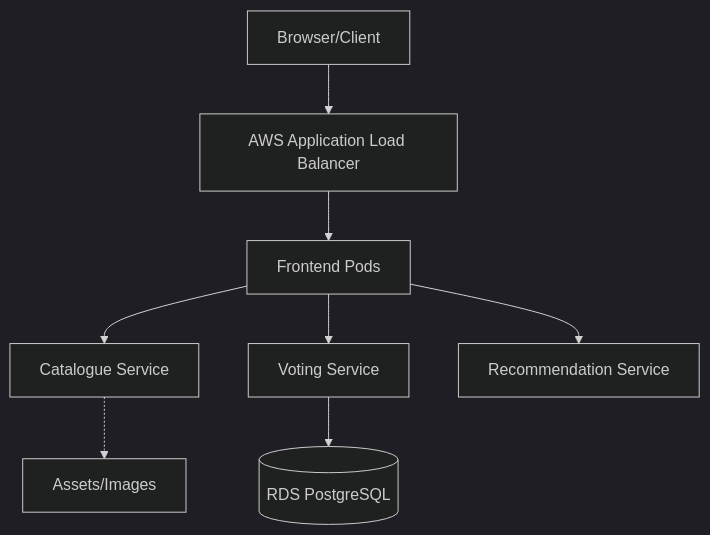
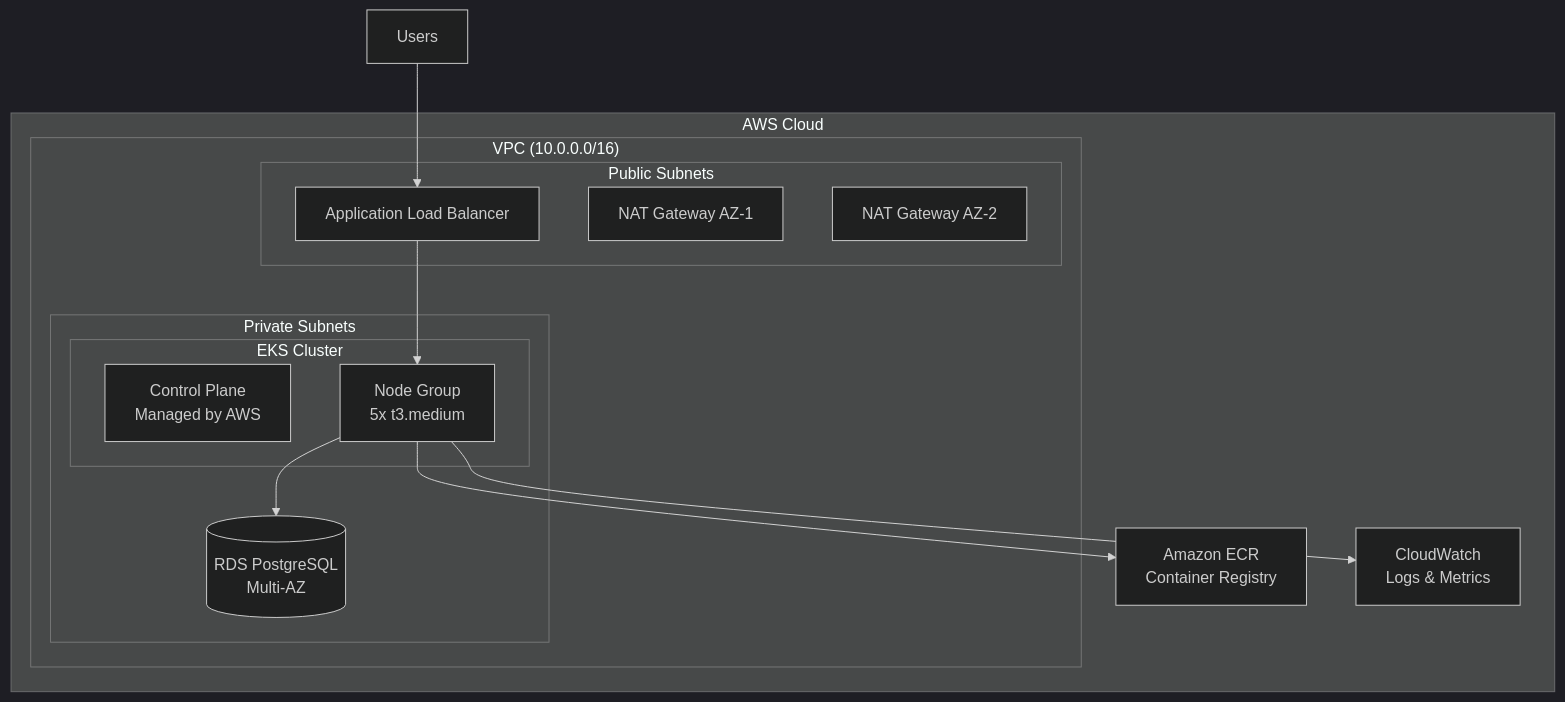
The diagram in README.md (Abhin-Anilkumar/EKS-project-for-8byte), drawn with Mermaid (dark theme) before and after one commit. The commit also changed other lines of this file, not shown here.

````diff
--- a/README.md
+++ b/README.md
@@ -10,10 +29,29 @@
 ```mermaid
-graph TD
-    Client[Browser/Client] --> ALB[AWS Application Load Balancer]
-    ALB --> Frontend[Frontend Pods]
-    Frontend --> Catalogue[Catalogue Service]
-    Frontend --> Voting[Voting Service]
-    Frontend --> Recommendation[Recommendation Service]
-    Voting --> RDS[(RDS PostgreSQL)]
-    Catalogue -.-> S3[Assets/Images]
+graph TB
+    subgraph "AWS Cloud"
+        subgraph "VPC (10.0.0.0/16)"
+            subgraph "Public Subnets"
+                ALB[Application Load Balancer]
+                NAT1[NAT Gateway AZ-1]
+                NAT2[NAT Gateway AZ-2]
+            end
+            
+            subgraph "Private Subnets"
+                subgraph "EKS Cluster"
+                    CP[Control Plane<br/>Managed by AWS]
+                    NG[Node Group<br/>5x t3.medium]
+                end
+                RDS[(RDS PostgreSQL<br/>Multi-AZ)]
+            end
+        end
+        
+        ECR[Amazon ECR<br/>Container Registry]
+        CW[CloudWatch<br/>Logs & Metrics]
+    end
+    
+    Users[Users] --> ALB
+    ALB --> NG
+    NG --> RDS
+    NG --> ECR
+    NG --> CW
 ```
````
